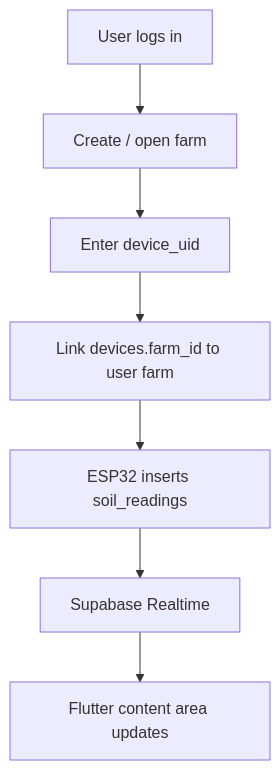
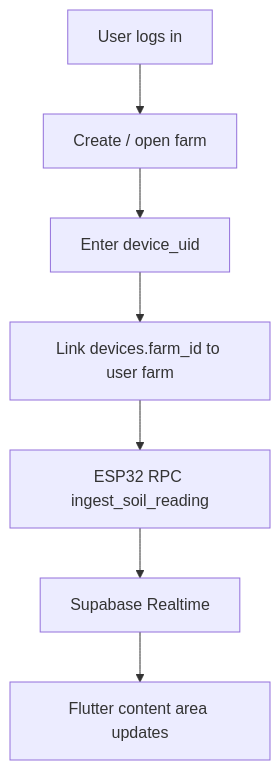
Before and after one commit to markjoelalcaraz/SoilGood: the second of 2 diagrams in docs/context/DATA_MODEL.md, drawn with Mermaid. The commit also changed other lines of this file and 104 other files, not shown here.

First line of the commit message:
Add analytics, crop plans, notifications, saved AI insights, and ESP32 ingest.

````diff
--- a/docs/context/DATA_MODEL.md
+++ b/docs/context/DATA_MODEL.md
@@ -110,9 +129,9 @@
 ```mermaid
 flowchart TD
   A[User logs in] --> B[Create / open farm]
   B --> C[Enter device_uid]
   C --> D[Link devices.farm_id to user farm]
-  D --> E[ESP32 inserts soil_readings]
+  D --> E[ESP32 RPC ingest_soil_reading]
   E --> F[Supabase Realtime]
   F --> G[Flutter content area updates]
 ```
````
